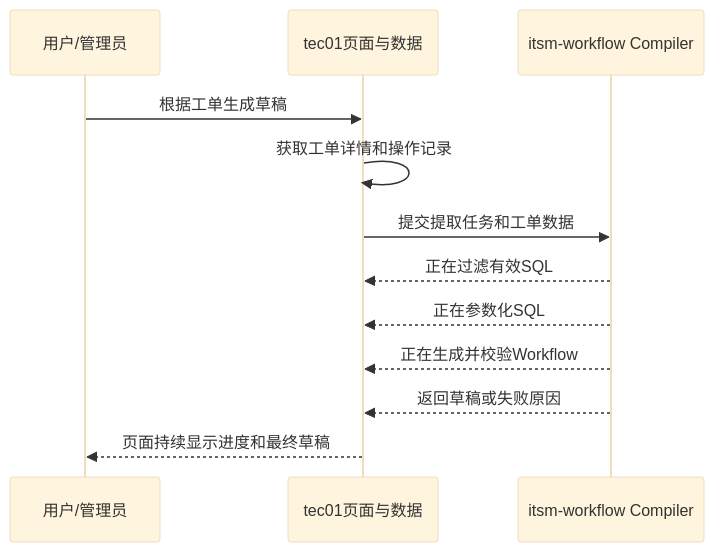
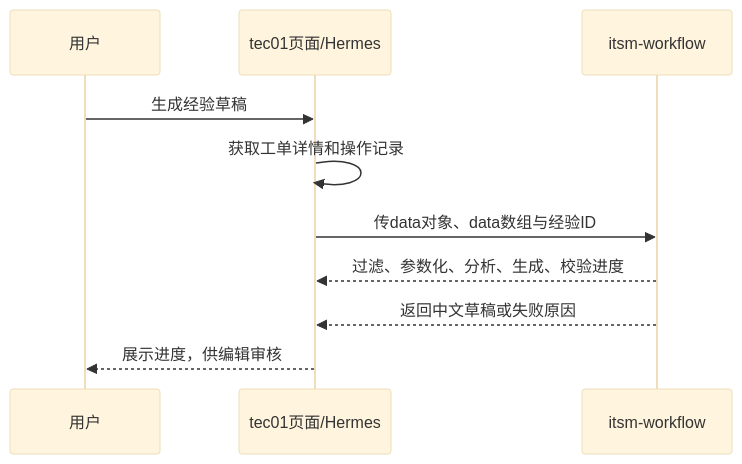
The second of 3 diagrams in docs/tec01-control-plane-split.md (armin1024/itsm-workflow), drawn with Mermaid (base theme) before and after one commit. The commit also changed other lines of this file and 56 other files, not shown here.

````diff
--- a/docs/tec01-control-plane-split.md
+++ b/docs/tec01-control-plane-split.md
@@ -91,15 +38,12 @@
 ```mermaid
 sequenceDiagram
-    participant U as 用户/管理员
-    participant T as tec01页面与数据
-    participant C as itsm-workflow Compiler
-
-    U->>T: 根据工单生成草稿
+    participant U as 用户
+    participant T as tec01页面/Hermes
+    participant C as itsm-workflow
+    U->>T: 生成经验草稿
     T->>T: 获取工单详情和操作记录
-    T->>C: 提交提取任务和工单数据
-    C-->>T: 正在过滤有效SQL
-    C-->>T: 正在参数化SQL
-    C-->>T: 正在生成并校验Workflow
-    C-->>T: 返回草稿或失败原因
-    T-->>U: 页面持续显示进度和最终草稿
+    T->>C: 传data对象、data数组与经验ID
+    C-->>T: 过滤、参数化、分析、生成、校验进度
+    C-->>T: 返回中文草稿或失败原因
+    T-->>U: 展示进度，供编辑审核
 ```
````
